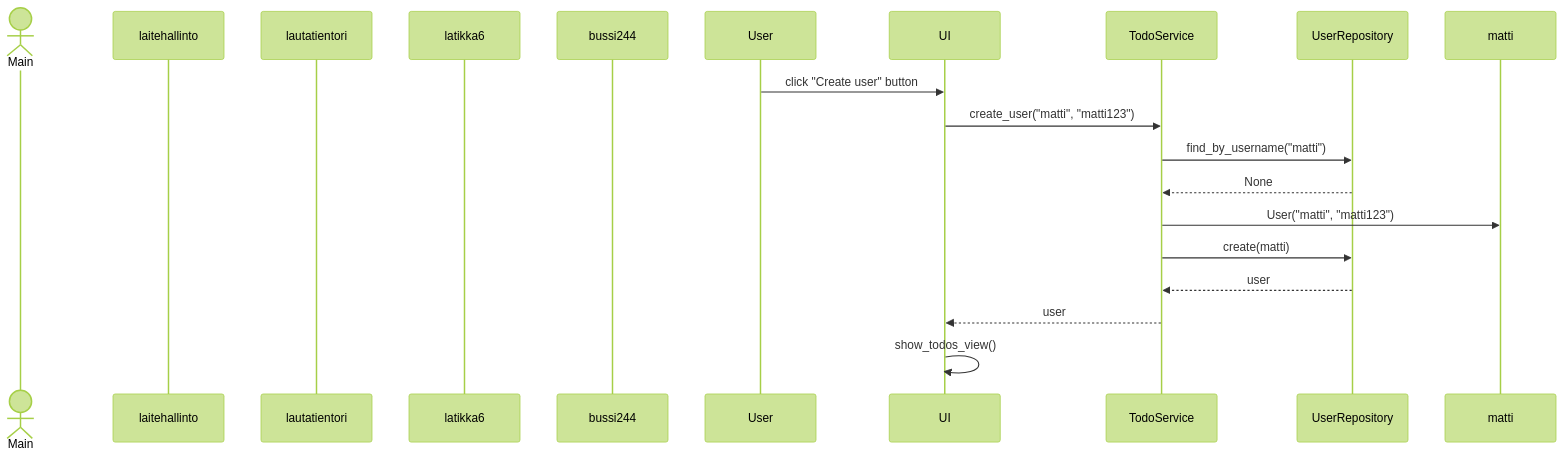
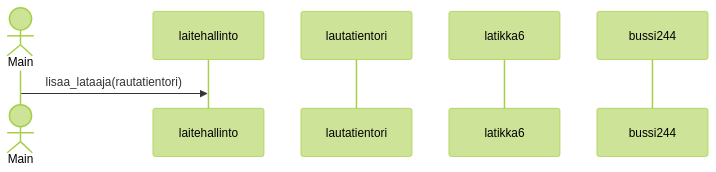
Before and after one commit to Germuu/ot-harjoitusty-: the diagram in laskarit/viikko3/sekvenssikaavio.md, drawn with Mermaid (forest theme).

````diff
--- a/laskarit/viikko3/sekvenssikaavio.md
+++ b/laskarit/viikko3/sekvenssikaavio.md
@@ -1,18 +1,12 @@
 ```mermaid
 sequenceDiagram
   actor Main
   participant laitehallinto
   participant lautatientori
   participant latikka6
   participant bussi244
 
-  User->>UI: click "Create user" button
-  UI->>TodoService: create_user("matti", "matti123")
-  TodoService->>UserRepository: find_by_username("matti")
-  UserRepository-->>TodoService: None
-  TodoService->>matti: User("matti", "matti123")
-  TodoService->>UserRepository: create(matti)
-  UserRepository-->>TodoService: user
-  TodoService-->>UI: user
-  UI->>UI: show_todos_view()
+  Main ->> laitehallinto : lisaa_lataaja(rautatientori)
+
+ 
 ```
````
